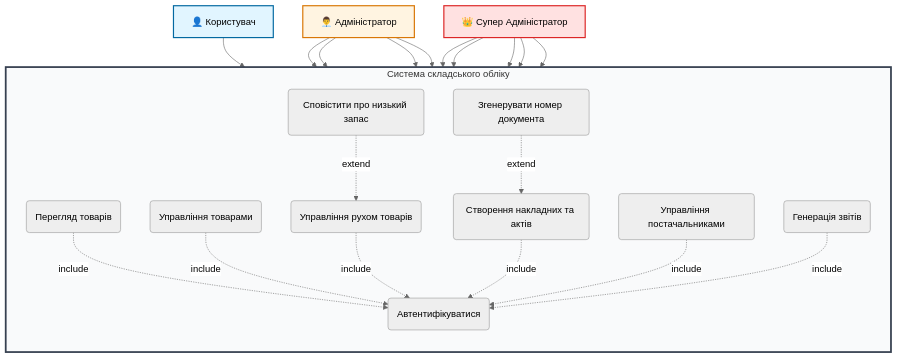
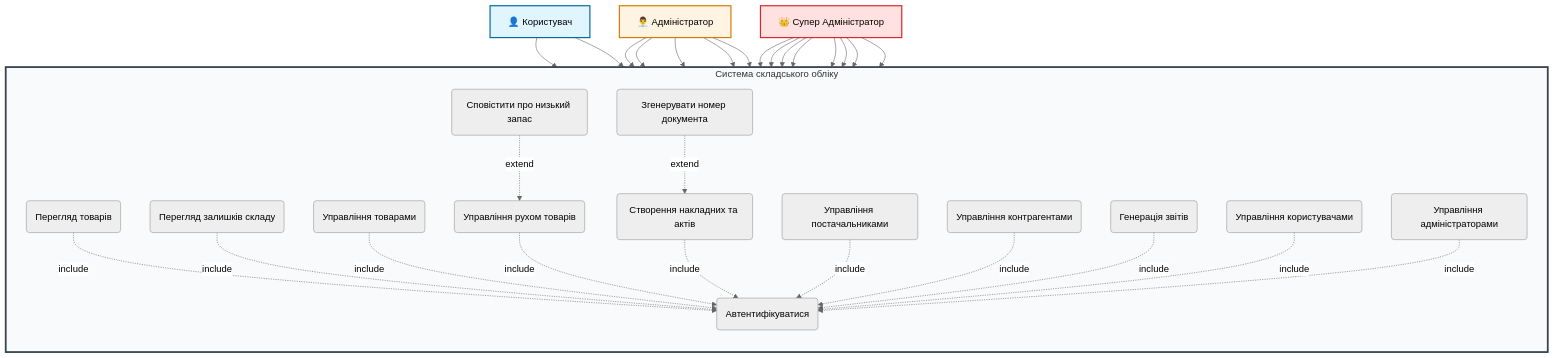
The first of 2 diagrams in README.md (Andriy723/Patterns_coursework), drawn with Mermaid (neutral theme) before and after one commit.

````diff
--- a/README.md
+++ b/README.md
@@ -331,49 +331,62 @@
 ```mermaid
 graph TB
     User[👤 Користувач]
     Admin[👨‍💼 Адміністратор]
     SuperAdmin[👑 Супер Адміністратор]
     
     subgraph System["Система складського обліку"]
         direction TB
         UC1(Перегляд товарів)
-        UC2(Управління товарами)
-        UC3(Управління рухом товарів)
-        UC4(Створення накладних та актів)
-        UC5(Управління постачальниками)
-        UC6(Генерація звітів)
+        UC2(Перегляд залишків складу)
+        UC3(Управління товарами)
+        UC4(Управління рухом товарів)
+        UC5(Створення накладних та актів)
+        UC6(Управління постачальниками)
+        UC7(Управління контрагентами)
+        UC8(Генерація звітів)
+        UC9(Управління користувачами)
+        UC10(Управління адміністраторами)
         
         INC1(Автентифікуватися)
         
         EXT1(Згенерувати номер документа)
         EXT2(Сповістити про низький запас)
     end
     
     User --> UC1
+    User --> UC2
     
     Admin --> UC1
     Admin --> UC2
     Admin --> UC3
     Admin --> UC4
+    Admin --> UC5
     
-    SuperAdmin --> UC2
     SuperAdmin --> UC3
     SuperAdmin --> UC4
     SuperAdmin --> UC5
     SuperAdmin --> UC6
+    SuperAdmin --> UC7
+    SuperAdmin --> UC8
+    SuperAdmin --> UC9
+    SuperAdmin --> UC10
     
     UC1 -.->|include| INC1
     UC2 -.->|include| INC1
     UC3 -.->|include| INC1
     UC4 -.->|include| INC1
     UC5 -.->|include| INC1
     UC6 -.->|include| INC1
+    UC7 -.->|include| INC1
+    UC8 -.->|include| INC1
+    UC9 -.->|include| INC1
+    UC10 -.->|include| INC1
     
-    EXT1 -.->|extend| UC4
-    EXT2 -.->|extend| UC3
+    EXT1 -.->|extend| UC5
+    EXT2 -.->|extend| UC4
     
     style System fill:#f9fafb,stroke:#374151,stroke-width:3px
     style User fill:#e1f5ff,stroke:#0369a1,stroke-width:2px
     style Admin fill:#fff4e1,stroke:#d97706,stroke-width:2px
     style SuperAdmin fill:#ffe1e1,stroke:#dc2626,stroke-width:2px
 ```
````
